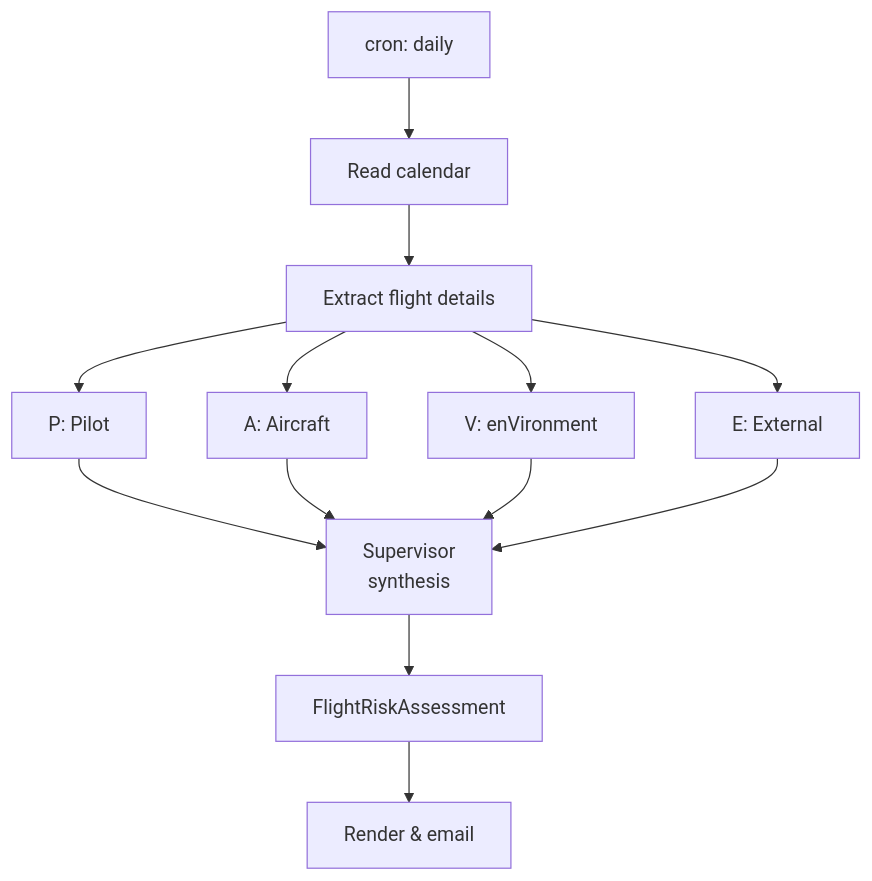
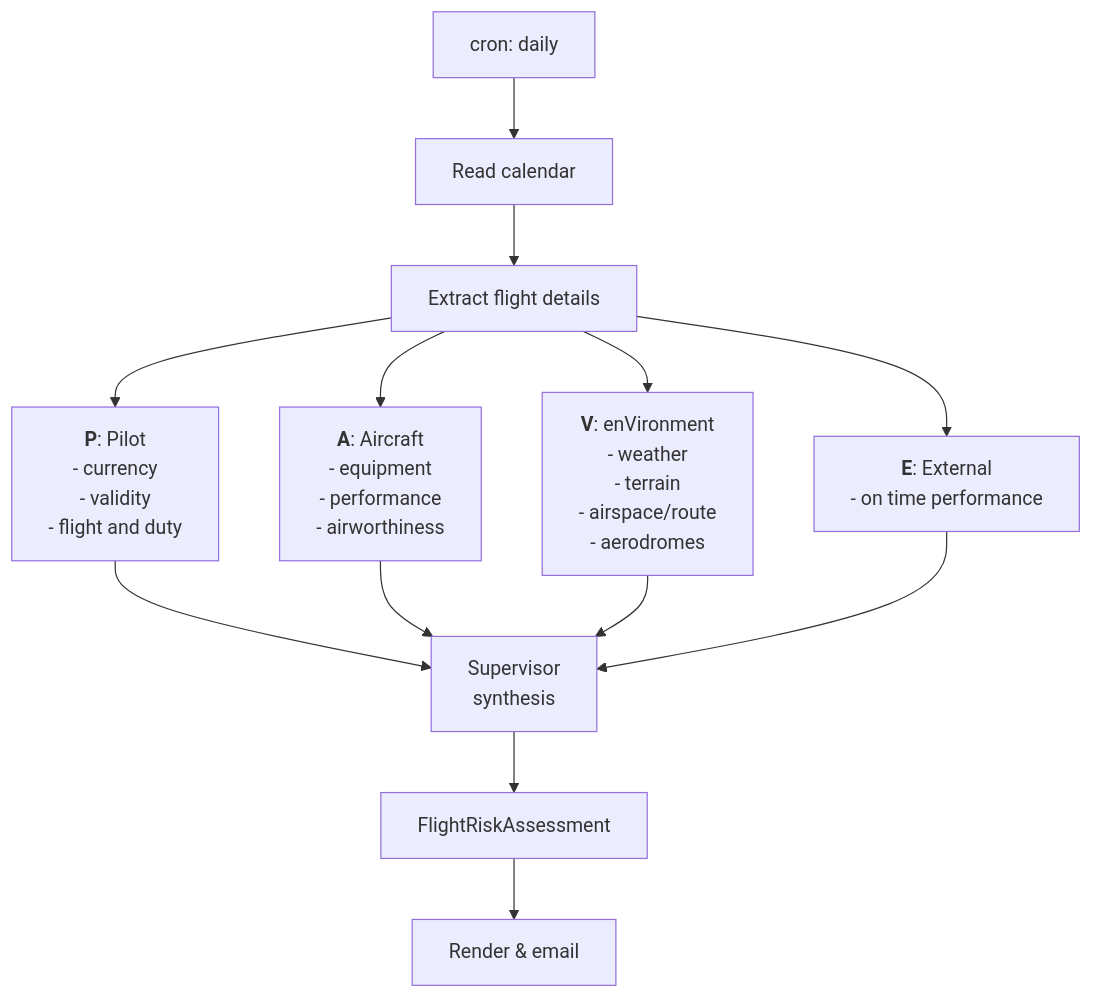
Before and after one commit to bernardoosthuizen/pave-agent: the diagram in README.md, drawn with Mermaid. The commit also changed other lines of this file, not shown here.

Commit message:
Enhance flowchart and add Risk Assessment Matrix section
Updated flowchart details for Pilot, Aircraft, Environment, and External factors. Added a section for Risk Assessment Matrix.

````diff
--- a/README.md
+++ b/README.md
@@ -80,18 +80,18 @@
 ```mermaid
 flowchart TD
     CRON[cron: daily] --> CAL[Read calendar]
     CAL --> EX[Extract flight details]
 
-    EX --> P[P: Pilot<br/>]
-    EX --> A[A: Aircraft<br/>]
-    EX --> V[V: enVironment<br/>]
-    EX --> E[E: External<br/>]
+    EX --> P["<b>P</b>: Pilot<br/> - currency<br/> - validity<br/> - flight and duty "]
+    EX --> A["<b>A</b>: Aircraft<br/> - equipment<br/> - performance<br/> - airworthiness"]
+    EX --> V["<b>V</b>: enVironment<br/> - weather<br/> - terrain<br/> - airspace/route<br/> - aerodromes"]
+    EX --> E["<b>E</b>: External<br/> - on time performance"]
 
     P --> SUP[Supervisor<br/>synthesis]
     A --> SUP
     V --> SUP
     E --> SUP
 
     SUP --> ASSESS[FlightRiskAssessment]
     ASSESS --> MAIL[Render & email]
 ```
````
